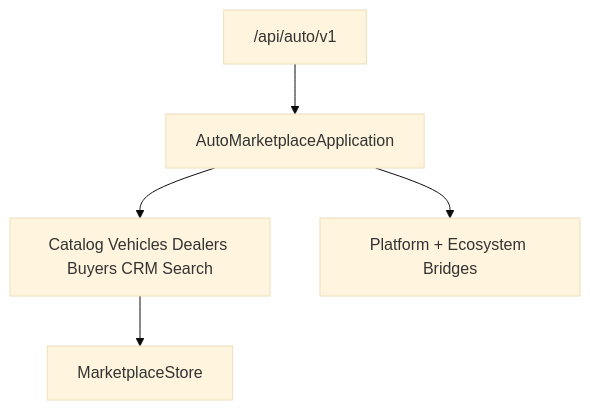
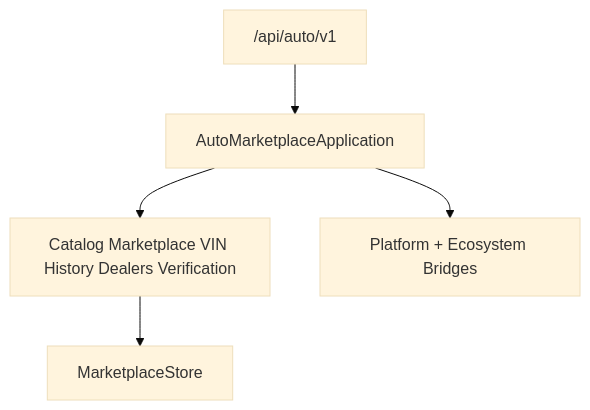
The diagram in docs/AUTO_MARKETPLACE.md (okeysiri11/telegram-ai-crm-bot), drawn with Mermaid (base theme) before and after one commit. The commit also changed other lines of this file and 36 other files, not shown here.

````diff
--- a/docs/AUTO_MARKETPLACE.md
+++ b/docs/AUTO_MARKETPLACE.md
@@ -17,10 +19,10 @@
 ```mermaid
 flowchart TB
     API["/api/auto/v1"]
     App[AutoMarketplaceApplication]
-    Domains[Catalog Vehicles Dealers Buyers CRM Search]
+    Domains[Catalog Marketplace VIN History Dealers Verification]
     Bridges[Platform + Ecosystem Bridges]
     Store[MarketplaceStore]
     API --> App --> Domains --> Store
     App --> Bridges
 ```
````
